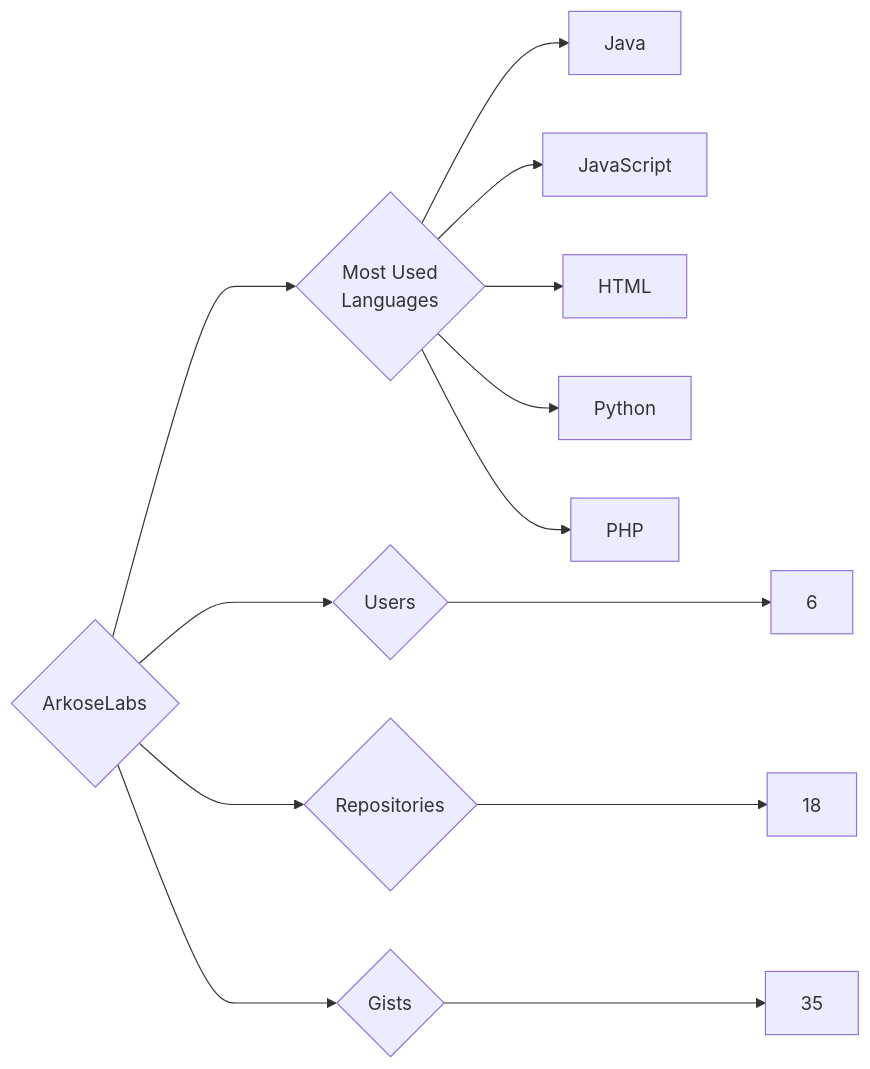
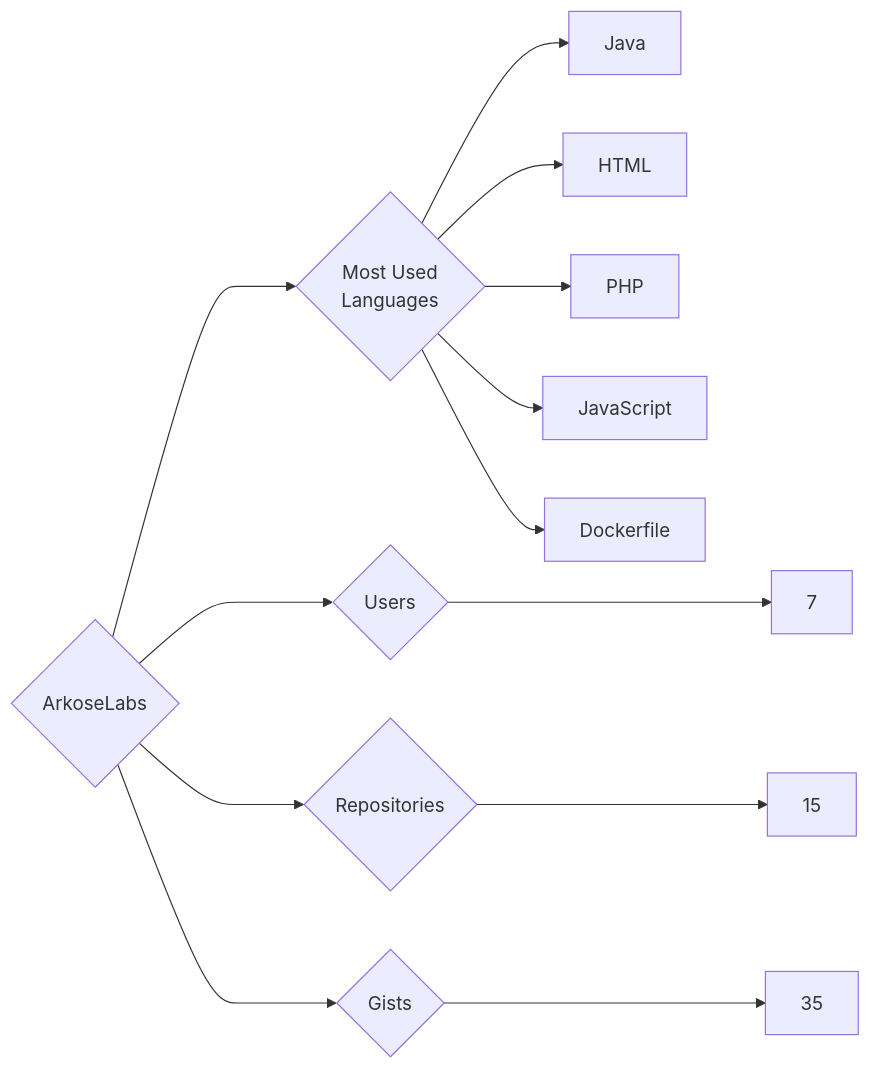
The diagram in targets/ArkoseLabs/README.md (trickest/insiders), drawn with Mermaid before and after one commit. The commit also changed 857 other files, not shown here.

````diff
--- a/targets/ArkoseLabs/README.md
+++ b/targets/ArkoseLabs/README.md
@@ -3,13 +3,13 @@
 ```mermaid
 graph LR
 COMPANY_NAME{ArkoseLabs}
-COMPANY_NAME ---> U{Users} ---> UN[6]
-COMPANY_NAME ---> R{Repositories} ---> RN[18]
+COMPANY_NAME ---> U{Users} ---> UN[7]
+COMPANY_NAME ---> R{Repositories} ---> RN[15]
 COMPANY_NAME ---> G{Gists} ---> GN[35]
 COMPANY_NAME ---> ML{Most Used<br>Languages}
 ML --> Java[Java]
+ML --> HTML[HTML]
+ML --> PHP[PHP]
 ML --> JavaScript[JavaScript]
-ML --> HTML[HTML]
-ML --> Python[Python]
-ML --> PHP[PHP]
+ML --> Dockerfile[Dockerfile]
 ```
````
